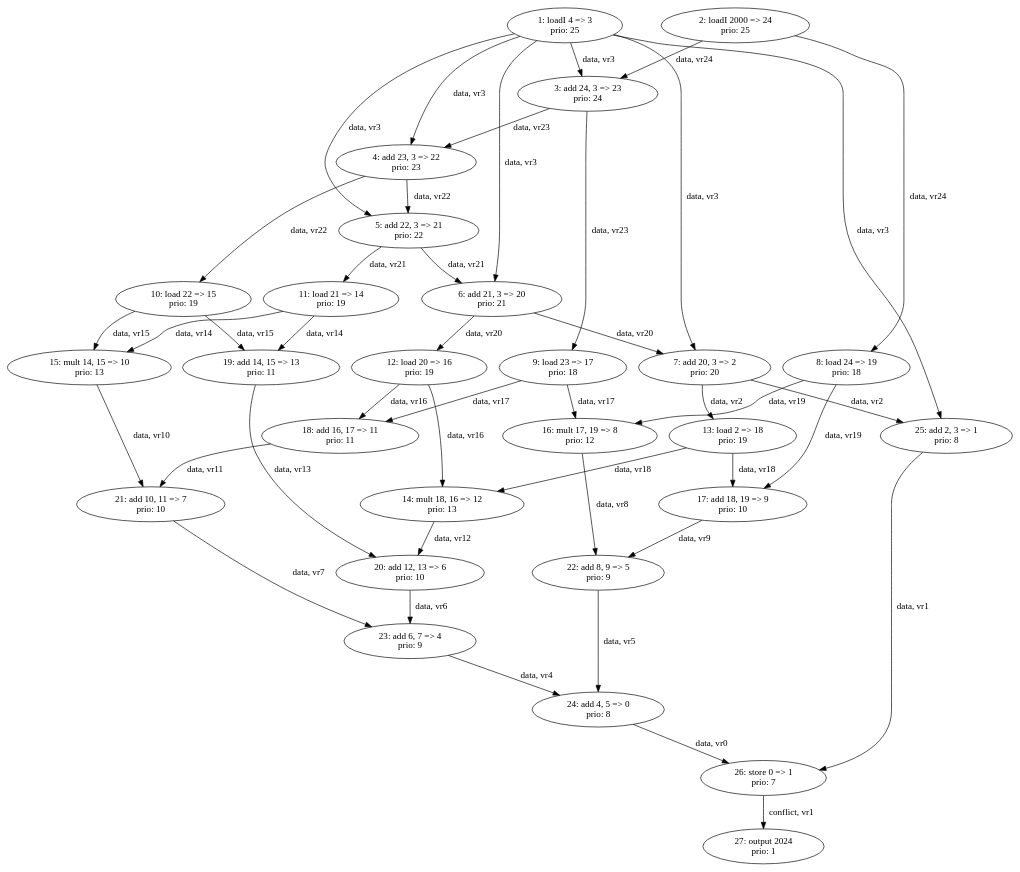
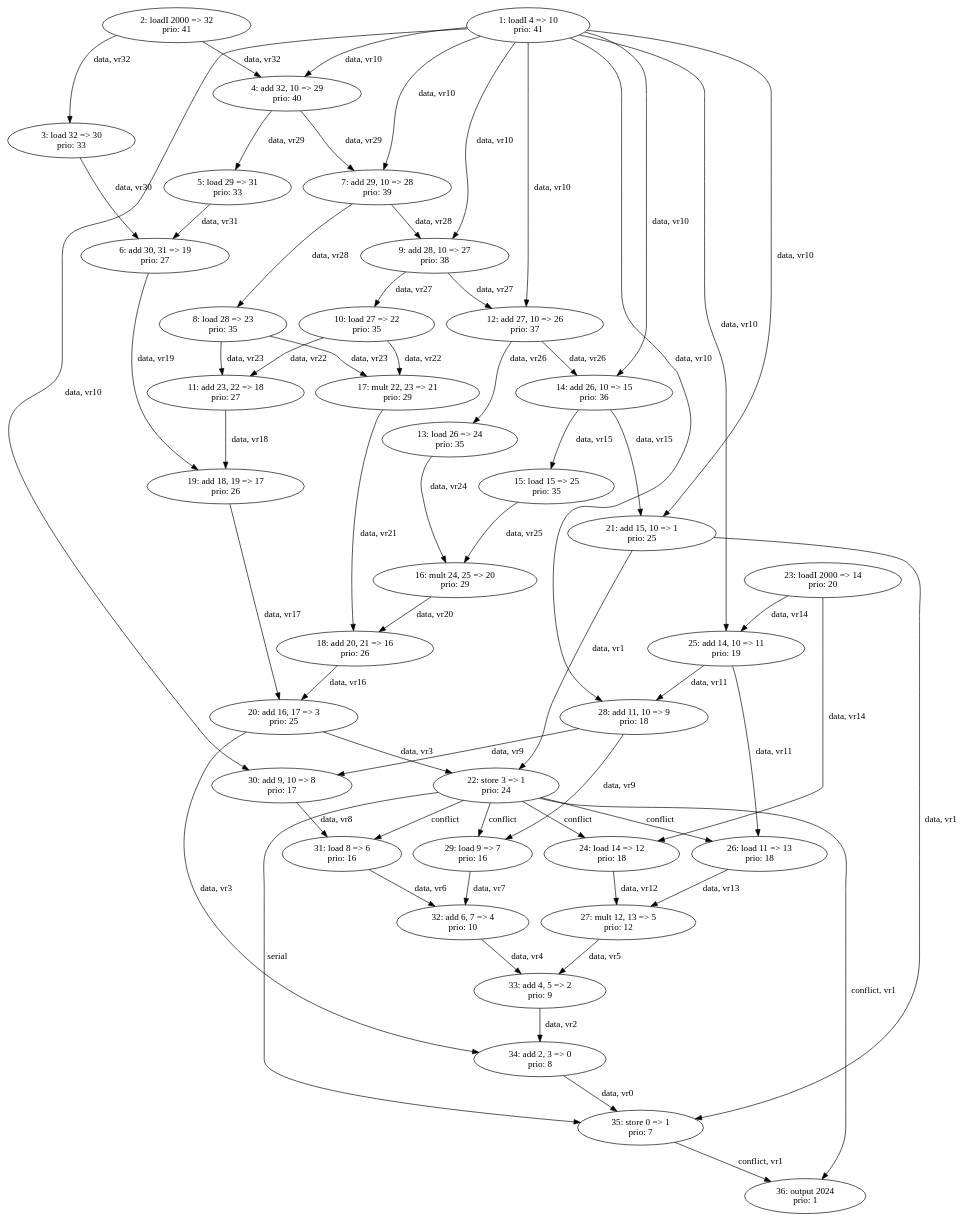
One commit to sarahluan11/COMP-412-Lab-3 changed the diagram in lab3_reverse_dependence_graph.dot. Above: the diagram before and after it, drawn with Graphviz. The commit also changed 35 other files, not shown here.

```diff
--- a/lab3_reverse_dependence_graph.dot
+++ b/lab3_reverse_dependence_graph.dot
@@ -1,72 +1,99 @@
 digraph DependenceGraph {
-    "139846148022848" [label="1: loadI 4 => 3\nprio: 25"];
-    "139846148022904" [label="2: loadI 2000 => 24\nprio: 25"];
-    "139846148022960" [label="3: add 24, 3 => 23\nprio: 24"];
-    "139846148023016" [label="4: add 23, 3 => 22\nprio: 23"];
-    "139846148023072" [label="5: add 22, 3 => 21\nprio: 22"];
-    "139846148023128" [label="6: add 21, 3 => 20\nprio: 21"];
-    "139846148023184" [label="7: add 20, 3 => 2\nprio: 20"];
-    "139846148023240" [label="8: load 24 => 19\nprio: 18"];
-    "139846148023296" [label="9: load 23 => 17\nprio: 18"];
-    "139846148023352" [label="10: load 22 => 15\nprio: 19"];
-    "139846148023408" [label="11: load 21 => 14\nprio: 19"];
-    "139846148023464" [label="12: load 20 => 16\nprio: 19"];
-    "139846148023520" [label="13: load 2 => 18\nprio: 19"];
-    "139846148023576" [label="14: mult 18, 16 => 12\nprio: 13"];
-    "139846148023632" [label="15: mult 14, 15 => 10\nprio: 13"];
-    "139846148023688" [label="16: mult 17, 19 => 8\nprio: 12"];
-    "139846148023744" [label="17: add 18, 19 => 9\nprio: 10"];
-    "139846148023800" [label="18: add 16, 17 => 11\nprio: 11"];
-    "139846148023856" [label="19: add 14, 15 => 13\nprio: 11"];
-    "139846148023912" [label="20: add 12, 13 => 6\nprio: 10"];
-    "139846148023968" [label="21: add 10, 11 => 7\nprio: 10"];
-    "139846148024024" [label="22: add 8, 9 => 5\nprio: 9"];
-    "139846148024080" [label="23: add 6, 7 => 4\nprio: 9"];
-    "139846148024136" [label="24: add 4, 5 => 0\nprio: 8"];
-    "139846148024192" [label="25: add 2, 3 => 1\nprio: 8"];
-    "139846148024248" [label="26: store 0 => 1\nprio: 7"];
-    "139846148024304" [label="27: output 2024\nprio: 1"];
-    "139846148022848" -> "139846148022960" [label="data, vr3"];
-    "139846148022848" -> "139846148023016" [label="data, vr3"];
-    "139846148022848" -> "139846148023072" [label="data, vr3"];
-    "139846148022848" -> "139846148023128" [label="data, vr3"];
-    "139846148022848" -> "139846148023184" [label="data, vr3"];
-    "139846148022848" -> "139846148024192" [label="data, vr3"];
-    "139846148022904" -> "139846148022960" [label="data, vr24"];
-    "139846148022904" -> "139846148023240" [label="data, vr24"];
-    "139846148022960" -> "139846148023016" [label="data, vr23"];
-    "139846148022960" -> "139846148023296" [label="data, vr23"];
-    "139846148023016" -> "139846148023072" [label="data, vr22"];
-    "139846148023016" -> "139846148023352" [label="data, vr22"];
-    "139846148023072" -> "139846148023128" [label="data, vr21"];
-    "139846148023072" -> "139846148023408" [label="data, vr21"];
-    "139846148023128" -> "139846148023184" [label="data, vr20"];
-    "139846148023128" -> "139846148023464" [label="data, vr20"];
-    "139846148023184" -> "139846148023520" [label="data, vr2"];
-    "139846148023184" -> "139846148024192" [label="data, vr2"];
-    "139846148023240" -> "139846148023688" [label="data, vr19"];
-    "139846148023240" -> "139846148023744" [label="data, vr19"];
-    "139846148023296" -> "139846148023688" [label="data, vr17"];
-    "139846148023296" -> "139846148023800" [label="data, vr17"];
-    "139846148023352" -> "139846148023632" [label="data, vr15"];
-    "139846148023352" -> "139846148023856" [label="data, vr15"];
-    "139846148023408" -> "139846148023632" [label="data, vr14"];
-    "139846148023408" -> "139846148023856" [label="data, vr14"];
-    "139846148023464" -> "139846148023576" [label="data, vr16"];
-    "139846148023464" -> "139846148023800" [label="data, vr16"];
-    "139846148023520" -> "139846148023576" [label="data, vr18"];
-    "139846148023520" -> "139846148023744" [label="data, vr18"];
-    "139846148023576" -> "139846148023912" [label="data, vr12"];
-    "139846148023632" -> "139846148023968" [label="data, vr10"];
-    "139846148023688" -> "139846148024024" [label="data, vr8"];
-    "139846148023744" -> "139846148024024" [label="data, vr9"];
-    "139846148023800" -> "139846148023968" [label="data, vr11"];
-    "139846148023856" -> "139846148023912" [label="data, vr13"];
-    "139846148023912" -> "139846148024080" [label="data, vr6"];
-    "139846148023968" -> "139846148024080" [label="data, vr7"];
-    "139846148024024" -> "139846148024136" [label="data, vr5"];
-    "139846148024080" -> "139846148024136" [label="data, vr4"];
-    "139846148024136" -> "139846148024248" [label="data, vr0"];
-    "139846148024192" -> "139846148024248" [label="data, vr1"];
-    "139846148024248" -> "139846148024304" [label="conflict, vr1"];
+    "140366112082688" [label="1: loadI 4 => 10\nprio: 41"];
+    "140366112082744" [label="2: loadI 2000 => 32\nprio: 41"];
+    "140366112082800" [label="3: load 32 => 30\nprio: 33"];
+    "140366112082856" [label="4: add 32, 10 => 29\nprio: 40"];
+    "140366112082912" [label="5: load 29 => 31\nprio: 33"];
+    "140366112082968" [label="6: add 30, 31 => 19\nprio: 27"];
+    "140366112083024" [label="7: add 29, 10 => 28\nprio: 39"];
+    "140366112083080" [label="8: load 28 => 23\nprio: 35"];
+    "140366112083136" [label="9: add 28, 10 => 27\nprio: 38"];
+    "140366112083192" [label="10: load 27 => 22\nprio: 35"];
+    "140366112083248" [label="11: add 23, 22 => 18\nprio: 27"];
+    "140366112083304" [label="12: add 27, 10 => 26\nprio: 37"];
+    "140366112083360" [label="13: load 26 => 24\nprio: 35"];
+    "140366112083416" [label="14: add 26, 10 => 15\nprio: 36"];
+    "140366112083472" [label="15: load 15 => 25\nprio: 35"];
+    "140366112083528" [label="16: mult 24, 25 => 20\nprio: 29"];
+    "140366112083584" [label="17: mult 22, 23 => 21\nprio: 29"];
+    "140366112083640" [label="18: add 20, 21 => 16\nprio: 26"];
+    "140366112083696" [label="19: add 18, 19 => 17\nprio: 26"];
+    "140366112083752" [label="20: add 16, 17 => 3\nprio: 25"];
+    "140366112083808" [label="21: add 15, 10 => 1\nprio: 25"];
+    "140366112083864" [label="22: store 3 => 1\nprio: 24"];
+    "140366112083920" [label="23: loadI 2000 => 14\nprio: 20"];
+    "140366112100424" [label="24: load 14 => 12\nprio: 18"];
+    "140366112100480" [label="25: add 14, 10 => 11\nprio: 19"];
+    "140366112100536" [label="26: load 11 => 13\nprio: 18"];
+    "140366112100592" [label="27: mult 12, 13 => 5\nprio: 12"];
+    "140366112100648" [label="28: add 11, 10 => 9\nprio: 18"];
+    "140366112100704" [label="29: load 9 => 7\nprio: 16"];
+    "140366112100760" [label="30: add 9, 10 => 8\nprio: 17"];
+    "140366112100816" [label="31: load 8 => 6\nprio: 16"];
+    "140366112100872" [label="32: add 6, 7 => 4\nprio: 10"];
+    "140366112100928" [label="33: add 4, 5 => 2\nprio: 9"];
+    "140366112100984" [label="34: add 2, 3 => 0\nprio: 8"];
+    "140366112101040" [label="35: store 0 => 1\nprio: 7"];
+    "140366112101096" [label="36: output 2024\nprio: 1"];
+    "140366112082688" -> "140366112082856" [label="data, vr10"];
+    "140366112082688" -> "140366112083024" [label="data, vr10"];
+    "140366112082688" -> "140366112083136" [label="data, vr10"];
+    "140366112082688" -> "140366112083304" [label="data, vr10"];
+    "140366112082688" -> "140366112083416" [label="data, vr10"];
+    "140366112082688" -> "140366112083808" [label="data, vr10"];
+    "140366112082688" -> "140366112100480" [label="data, vr10"];
+    "140366112082688" -> "140366112100648" [label="data, vr10"];
+    "140366112082688" -> "140366112100760" [label="data, vr10"];
+    "140366112082744" -> "140366112082800" [label="data, vr32"];
+    "140366112082744" -> "140366112082856" [label="data, vr32"];
+    "140366112082800" -> "140366112082968" [label="data, vr30"];
+    "140366112082856" -> "140366112082912" [label="data, vr29"];
+    "140366112082856" -> "140366112083024" [label="data, vr29"];
+    "140366112082912" -> "140366112082968" [label="data, vr31"];
+    "140366112082968" -> "140366112083696" [label="data, vr19"];
+    "140366112083024" -> "140366112083080" [label="data, vr28"];
+    "140366112083024" -> "140366112083136" [label="data, vr28"];
+    "140366112083080" -> "140366112083248" [label="data, vr23"];
+    "140366112083080" -> "140366112083584" [label="data, vr23"];
+    "140366112083136" -> "140366112083192" [label="data, vr27"];
+    "140366112083136" -> "140366112083304" [label="data, vr27"];
+    "140366112083192" -> "140366112083248" [label="data, vr22"];
+    "140366112083192" -> "140366112083584" [label="data, vr22"];
+    "140366112083248" -> "140366112083696" [label="data, vr18"];
+    "140366112083304" -> "140366112083360" [label="data, vr26"];
+    "140366112083304" -> "140366112083416" [label="data, vr26"];
+    "140366112083360" -> "140366112083528" [label="data, vr24"];
+    "140366112083416" -> "140366112083472" [label="data, vr15"];
+    "140366112083416" -> "140366112083808" [label="data, vr15"];
+    "140366112083472" -> "140366112083528" [label="data, vr25"];
+    "140366112083528" -> "140366112083640" [label="data, vr20"];
+    "140366112083584" -> "140366112083640" [label="data, vr21"];
+    "140366112083640" -> "140366112083752" [label="data, vr16"];
+    "140366112083696" -> "140366112083752" [label="data, vr17"];
+    "140366112083752" -> "140366112083864" [label="data, vr3"];
+    "140366112083752" -> "140366112100984" [label="data, vr3"];
+    "140366112083808" -> "140366112083864" [label="data, vr1"];
+    "140366112083808" -> "140366112101040" [label="data, vr1"];
+    "140366112083864" -> "140366112100424" [label="conflict"];
+    "140366112083864" -> "140366112100536" [label="conflict"];
+    "140366112083864" -> "140366112100704" [label="conflict"];
+    "140366112083864" -> "140366112100816" [label="conflict"];
+    "140366112083864" -> "140366112101040" [label="serial"];
+    "140366112083864" -> "140366112101096" [label="conflict, vr1"];
+    "140366112083920" -> "140366112100424" [label="data, vr14"];
+    "140366112083920" -> "140366112100480" [label="data, vr14"];
+    "140366112100424" -> "140366112100592" [label="data, vr12"];
+    "140366112100480" -> "140366112100536" [label="data, vr11"];
+    "140366112100480" -> "140366112100648" [label="data, vr11"];
+    "140366112100536" -> "140366112100592" [label="data, vr13"];
+    "140366112100592" -> "140366112100928" [label="data, vr5"];
+    "140366112100648" -> "140366112100704" [label="data, vr9"];
+    "140366112100648" -> "140366112100760" [label="data, vr9"];
+    "140366112100704" -> "140366112100872" [label="data, vr7"];
+    "140366112100760" -> "140366112100816" [label="data, vr8"];
+    "140366112100816" -> "140366112100872" [label="data, vr6"];
+    "140366112100872" -> "140366112100928" [label="data, vr4"];
+    "140366112100928" -> "140366112100984" [label="data, vr2"];
+    "140366112100984" -> "140366112101040" [label="data, vr0"];
+    "140366112101040" -> "140366112101096" [label="conflict, vr1"];
 }
```
